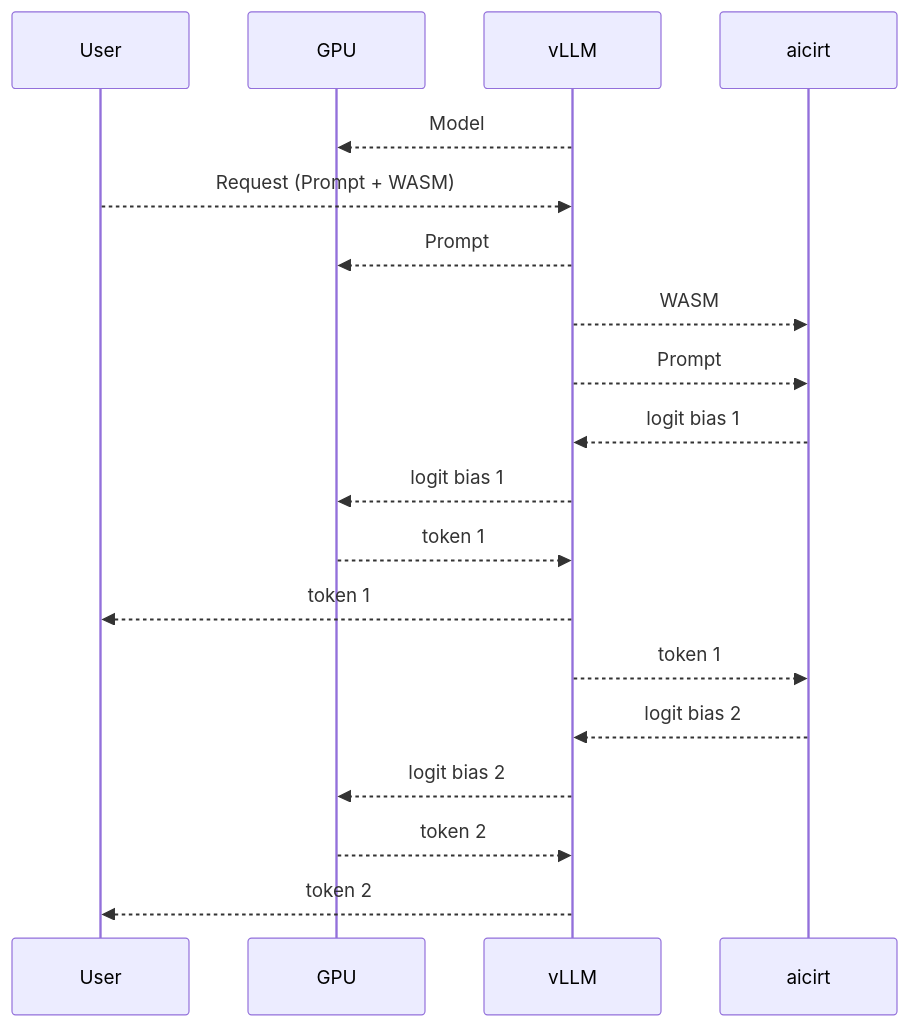
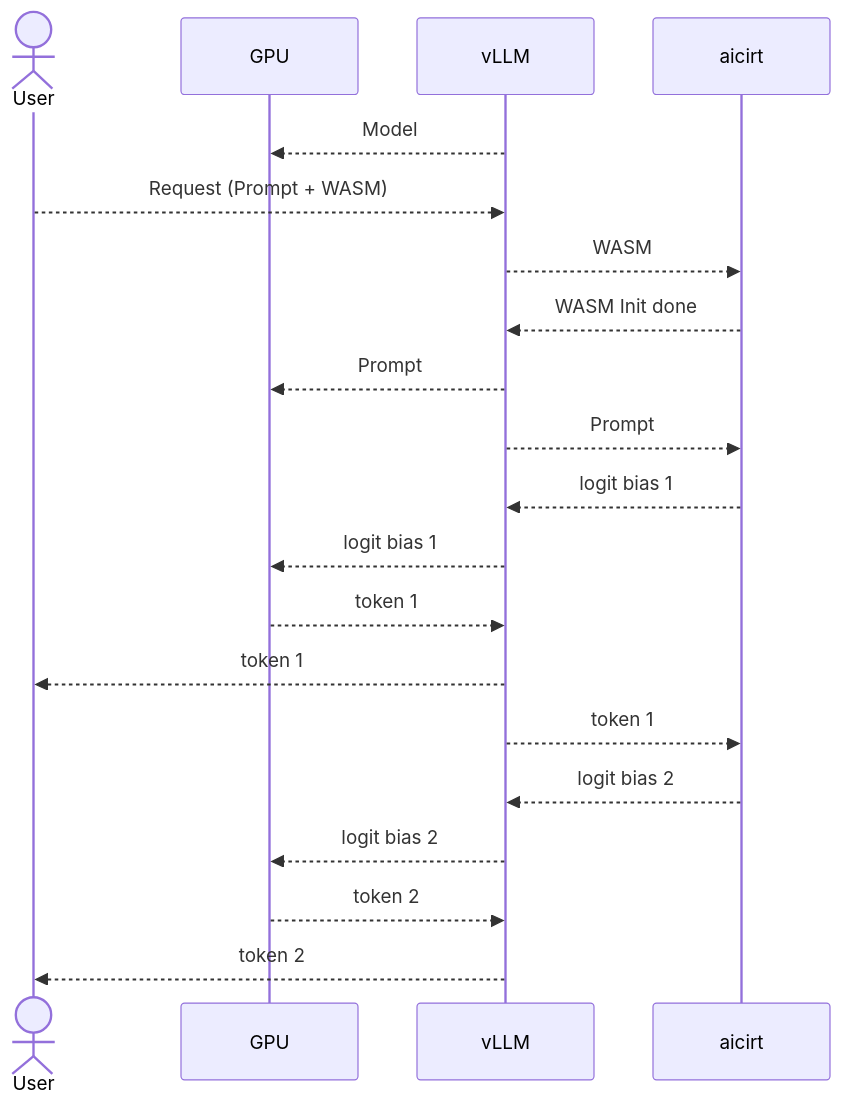
The second of 2 diagrams in README.md (microsoft/aici), drawn with Mermaid before and after one commit.

Commit message:
better diagram

````diff
--- a/README.md
+++ b/README.md
@@ -60,21 +60,22 @@
 ```mermaid
 sequenceDiagram
-    participant User
+    actor User
     participant GPU
     participant vLLM
     participant aicirt
     vLLM -->> GPU: Model
     User -->> vLLM: Request (Prompt + WASM)
+    vLLM -->> aicirt: WASM
+    aicirt -->> vLLM: WASM Init done
     vLLM -->> GPU: Prompt
-    vLLM -->> aicirt: WASM
     vLLM -->> aicirt: Prompt
     aicirt -->> vLLM: logit bias 1
     vLLM -->> GPU: logit bias 1
     GPU -->> vLLM: token 1
     vLLM -->> User: token 1
     vLLM -->> aicirt: token 1
     aicirt -->> vLLM: logit bias 2
     vLLM -->> GPU: logit bias 2
     GPU -->> vLLM: token 2
     vLLM -->> User: token 2
 ```
````
